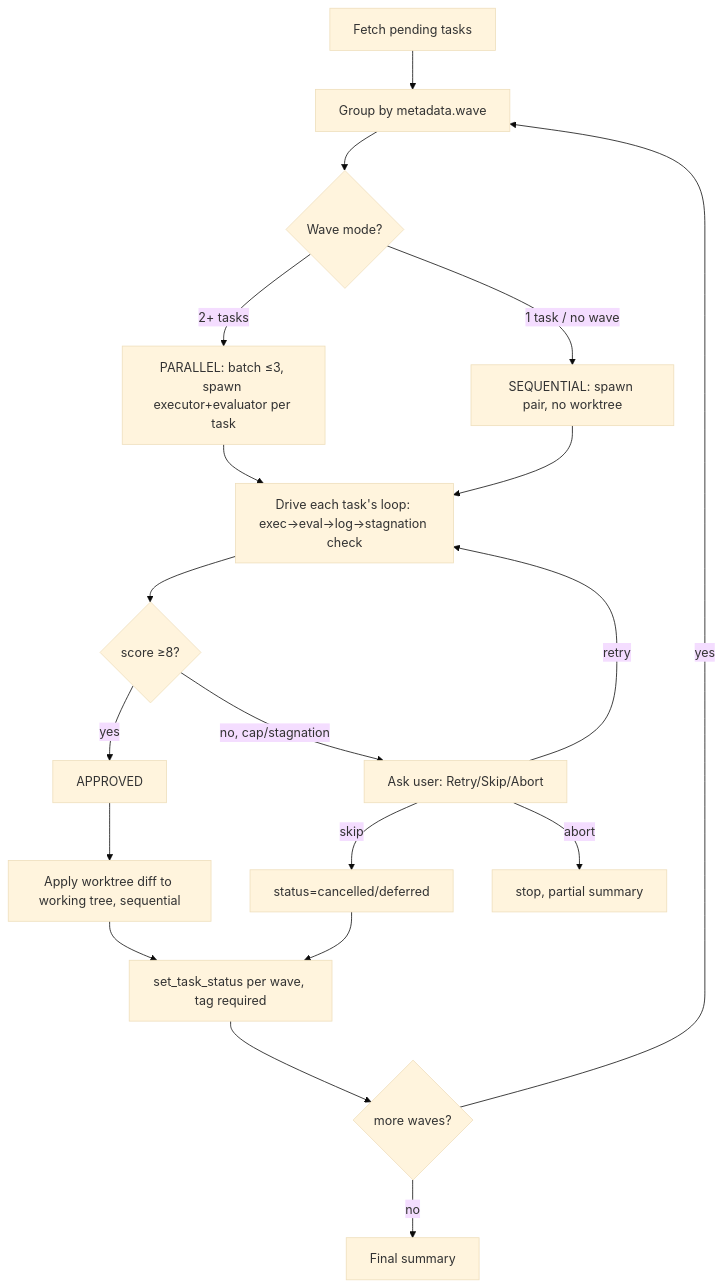
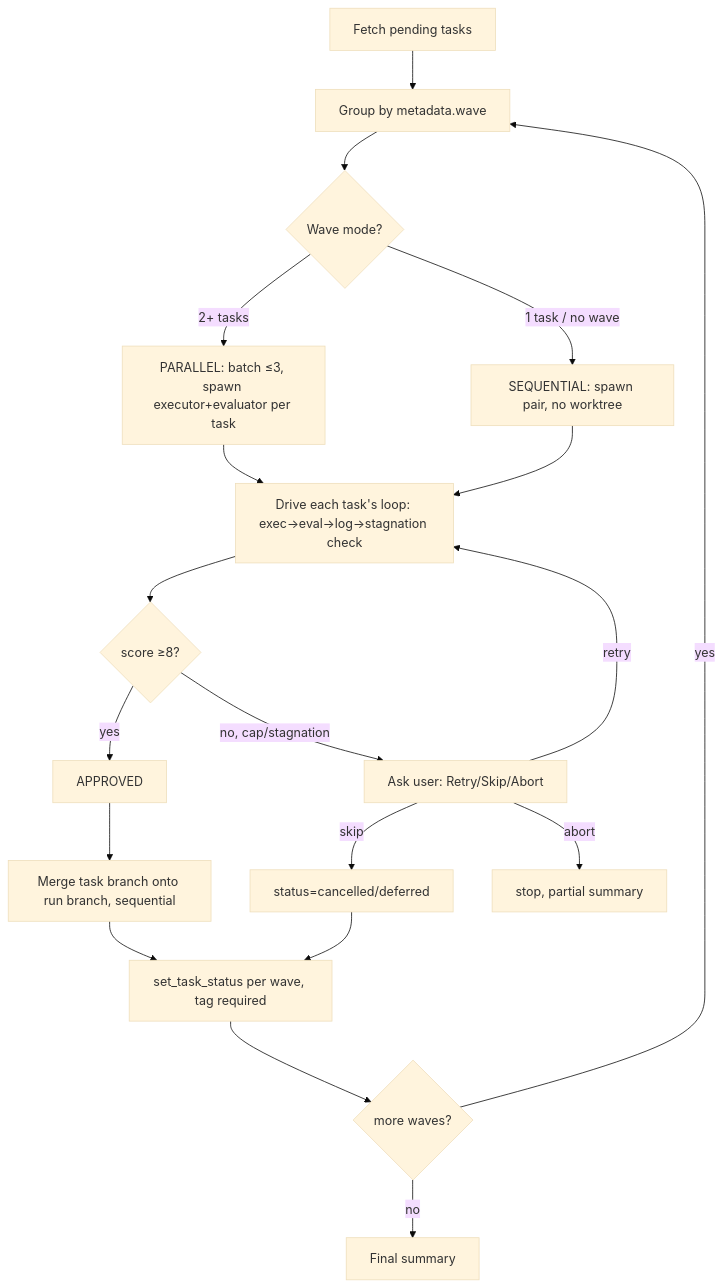
The diagram in skills/tlc-execute-tasks-adversarial/references/orchestrator-model.md (Ronnasayd/AI-pair-programming), drawn with Mermaid (base theme) before and after one commit. The commit also changed other lines of this file and 8 other files, not shown here.

````diff
--- a/skills/tlc-execute-tasks-adversarial/references/orchestrator-model.md
+++ b/skills/tlc-execute-tasks-adversarial/references/orchestrator-model.md
@@ -5,21 +5,21 @@
 ```mermaid
 flowchart TD
     A[Fetch pending tasks] --> B[Group by metadata.wave]
     B --> C{Wave mode?}
     C -->|2+ tasks| D[PARALLEL: batch ≤3, spawn executor+evaluator per task]
     C -->|1 task / no wave| E[SEQUENTIAL: spawn pair, no worktree]
     D --> F[Drive each task's loop: exec→eval→log→stagnation check]
     E --> F
     F --> G{score ≥8?}
     G -->|yes| H[APPROVED]
     G -->|no, cap/stagnation| I[Ask user: Retry/Skip/Abort]
-    H --> J[Apply worktree diff to working tree, sequential]
+    H --> J[Merge task branch onto run branch, sequential]
     I -->|retry| F
     I -->|skip| K[status=cancelled/deferred]
     I -->|abort| L[stop, partial summary]
     J --> M[set_task_status per wave, tag required]
     K --> M
     M --> N{more waves?}
     N -->|yes| B
     N -->|no| O[Final summary]
 ```
````
